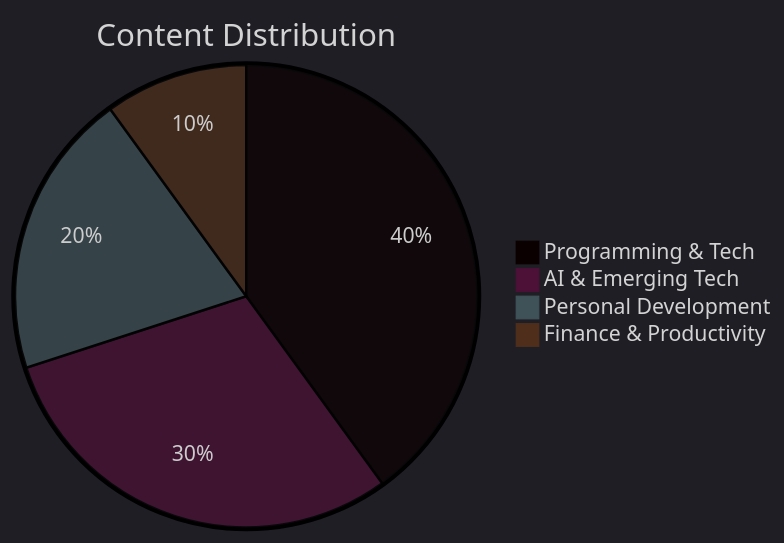
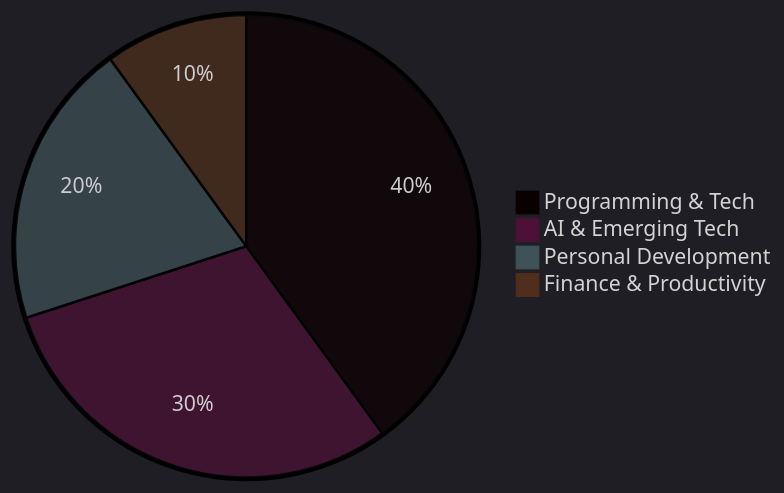
The third of 3 diagrams in README.md (dojicreates/dojicreates), drawn with Mermaid before and after one commit.

````diff
--- a/README.md
+++ b/README.md
@@ -213,8 +213,8 @@
 ```mermaid
 %%{init: {'theme':'dark', 'themeVariables': { 'pieStrokeWidth': '2px', 'pieOuterStrokeWidth': '3px'}}}%%
-pie title Content Distribution
+pie title 
     "Programming & Tech" : 40
     "AI & Emerging Tech" : 30
     "Personal Development" : 20
     "Finance & Productivity" : 10
 ```
````
